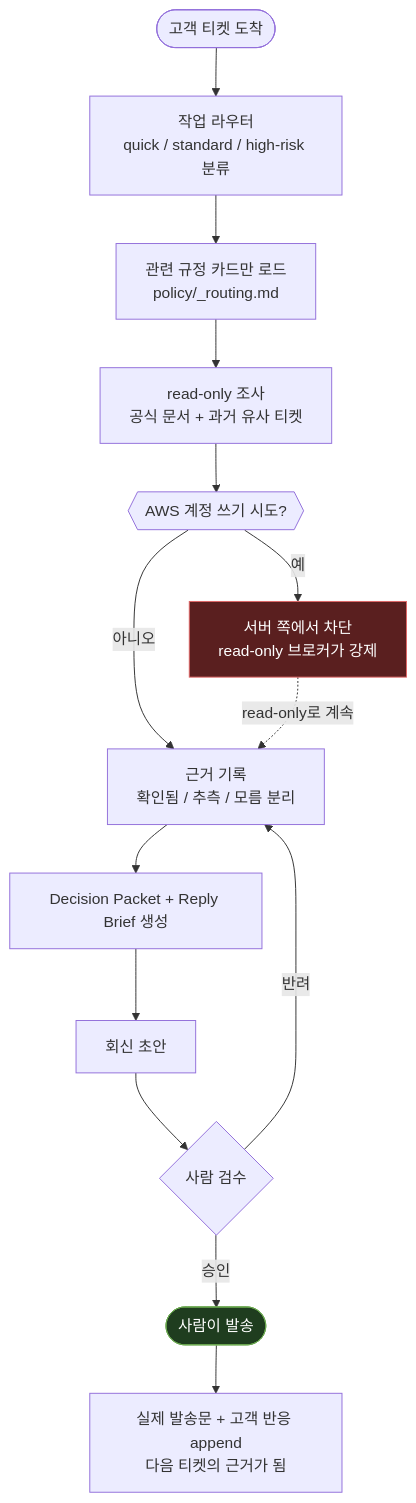
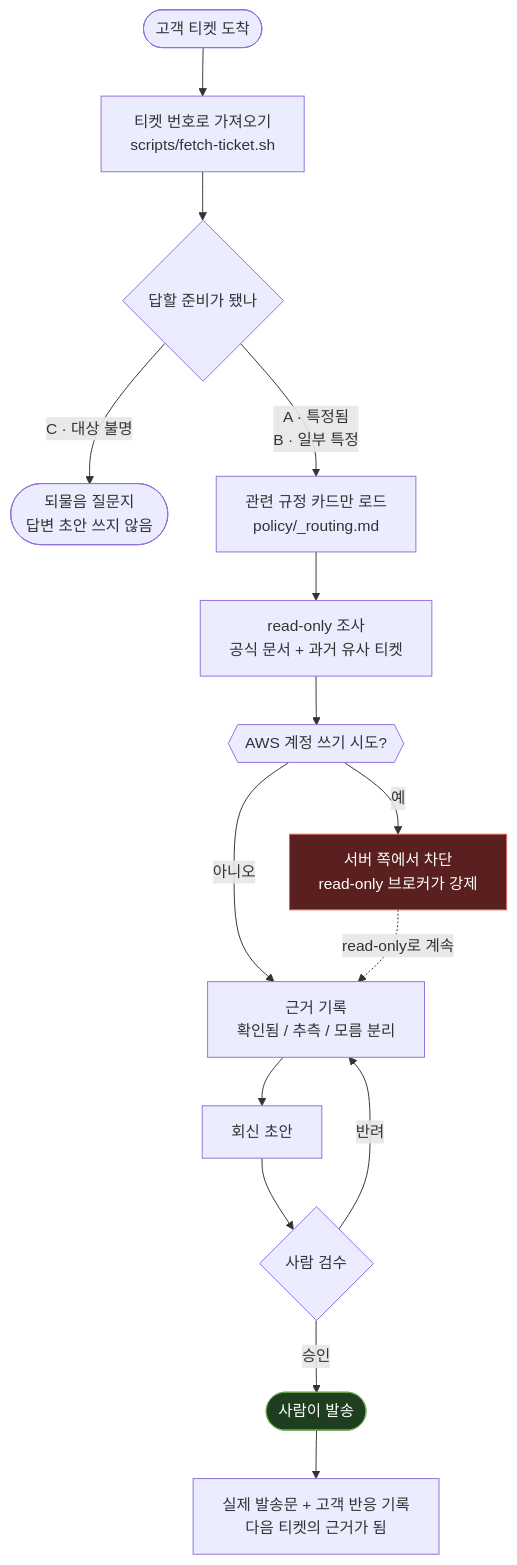
One commit to HaeDalWang/tiket changed the diagram in README.md. Above: the diagram before and after it, drawn with Mermaid. The commit also changed other lines of this file and 9 other files, not shown here.

````diff
--- a/README.md
+++ b/README.md
@@ -19,19 +19,20 @@
 ```mermaid
 flowchart TD
-    A(["고객 티켓 도착"]) --> B["작업 라우터<br/>quick / standard / high-risk 분류"]
-    B --> C["관련 규정 카드만 로드<br/>policy/_routing.md"]
+    A(["고객 티켓 도착"]) --> A2["티켓 번호로 가져오기<br/>scripts/fetch-ticket.sh"]
+    A2 --> A3{"답할 준비가 됐나"}
+    A3 -->|"C · 대상 불명"| A4(["되물음 질문지<br/>답변 초안 쓰지 않음"])
+    A3 -->|"A · 특정됨<br/>B · 일부 특정"| C["관련 규정 카드만 로드<br/>policy/_routing.md"]
     C --> D["read-only 조사<br/>공식 문서 + 과거 유사 티켓"]
     D --> G1{{"AWS 계정 쓰기 시도?"}}
     G1 -->|예| G1X["서버 쪽에서 차단<br/>read-only 브로커가 강제"]
     G1 -->|아니오| E["근거 기록<br/>확인됨 / 추측 / 모름 분리"]
     G1X -.->|read-only로 계속| E
-    E --> F["Decision Packet + Reply Brief 생성"]
-    F --> H["회신 초안"]
+    E --> H["회신 초안"]
     H --> I{"사람 검수"}
     I -->|반려| E
     I -->|승인| J(["사람이 발송"])
-    J --> K["실제 발송문 + 고객 반응 append<br/>다음 티켓의 근거가 됨"]
+    J --> K["실제 발송문 + 고객 반응 기록<br/>다음 티켓의 근거가 됨"]
 
     style G1X fill:#5a1f1f,stroke:#e06666,color:#fff
     style J fill:#1f3d1f,stroke:#6aa84f,color:#fff
 ```
````
